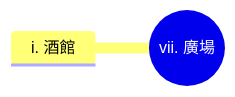
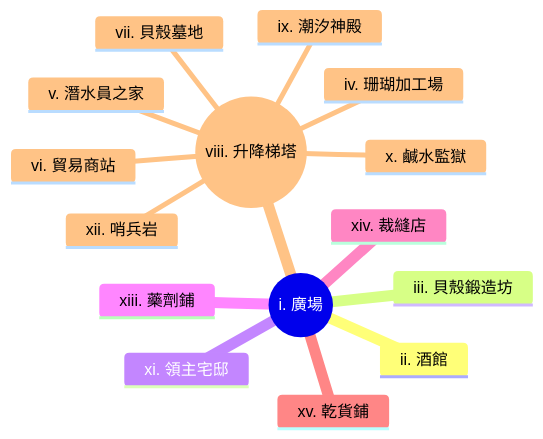
Before and after one commit to TzuoYeah/WorldBuliding: the diagram in docs/settlement/village/001.劍貝港.md, drawn with Mermaid. The commit also changed other lines of this file and 5 other files, not shown here.

````diff
--- a/docs/settlement/village/001.劍貝港.md
+++ b/docs/settlement/village/001.劍貝港.md
@@ -14,6 +18,19 @@
 ```mermaid
 mindmap
-  root((vii. 廣場))
-    i. 酒館
+  root((i. 廣場))
+    ii. 酒館
+    iii. 貝殼鍛造坊
+    xi. 領主宅邸
+    xiii. 藥劑鋪
+    xiv. 裁縫店
+    xv. 乾貨鋪
+    ((viii. 升降梯塔))
+      iv. 珊瑚加工場
+      v. 潛水員之家
+      vi. 貿易商站
+      vii. 貝殼墓地
+      ix. 潮汐神殿
+      x. 鹹水監獄
+      xii. 哨兵岩
 
 ```
````
